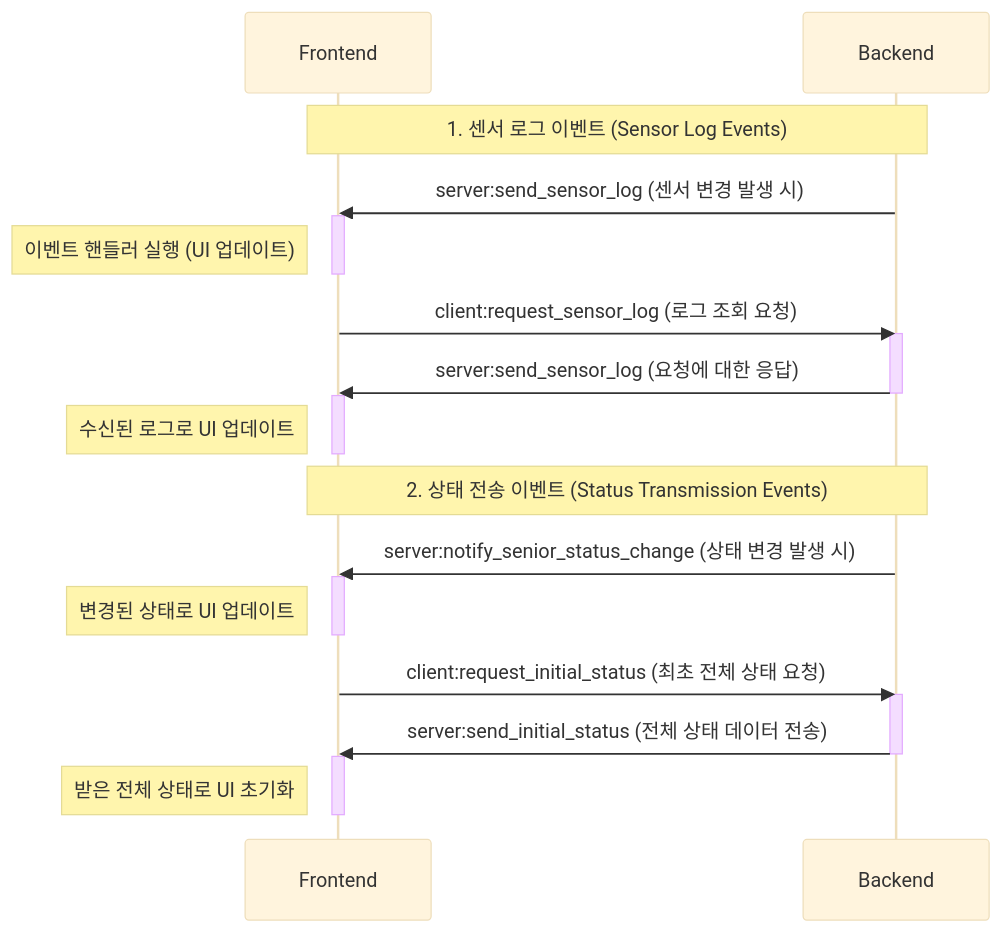
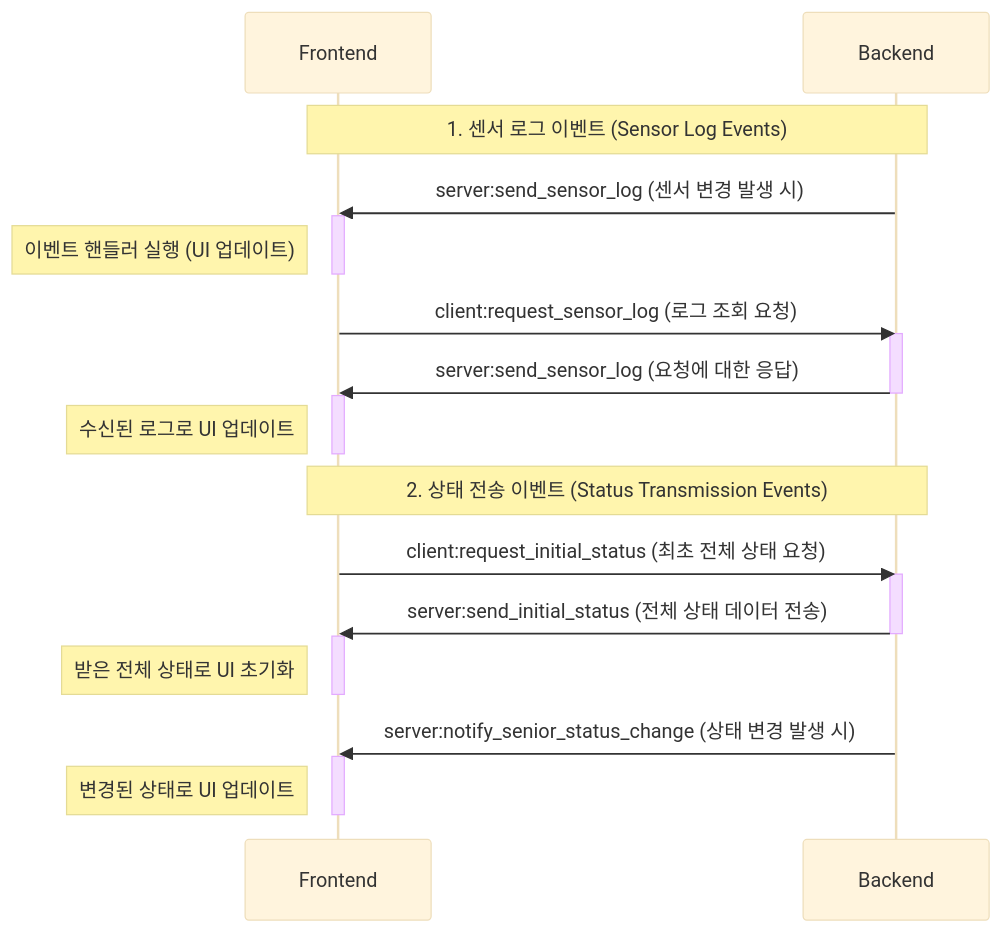
One commit to jiminh03/SST changed the diagram in BackEnd/design/FE-BE 이벤트.mmd. Above: the diagram before and after it, drawn with Mermaid (base theme). The commit also changed other lines of this file and 1 other file, not shown here.

```diff
--- a/BackEnd/design/FE-BE 이벤트.mmd
+++ b/BackEnd/design/FE-BE 이벤트.mmd
@@ -1,39 +1,39 @@
 sequenceDiagram
     participant Client as Frontend
     participant Server as Backend
 
     %% 1. 센서 로그 이벤트 (Sensor Log Events)
     Note over Client, Server: 1. 센서 로그 이벤트 (Sensor Log Events)
 
     %% 1.1 서버 주도 (Server-initiated)
     Server->>Client: server:send_sensor_log (센서 변경 발생 시)
     activate Client
     Note left of Client: 이벤트 핸들러 실행 (UI 업데이트)
     deactivate Client
 
     %% 1.2 클라이언트 요청 (Client-initiated)
     Client->>Server: client:request_sensor_log (로그 조회 요청)
     activate Server
     Server->>Client: server:send_sensor_log (요청에 대한 응답)
     deactivate Server
     activate Client
     Note left of Client: 수신된 로그로 UI 업데이트
     deactivate Client
 
     %% 2. 상태 전송 이벤트 (Status Transmission Events)
     Note over Client, Server: 2. 상태 전송 이벤트 (Status Transmission Events)
 
-    %% 2.1 서버 주도 (Server-initiated status update)
-    Server->>Client: server:notify_senior_status_change (상태 변경 발생 시)
-    activate Client
-    Note left of Client: 변경된 상태로 UI 업데이트
-    deactivate Client
-
-    %% 2.2 클라이언트의 초기 상태 요청 (Client's initial status request)
+    %% 2.1 클라이언트의 초기 상태 요청 (Client's initial status request)
     Client->>Server: client:request_initial_status (최초 전체 상태 요청)
     activate Server
     Server->>Client: server:send_initial_status (전체 상태 데이터 전송)
     deactivate Server
     activate Client
     Note left of Client: 받은 전체 상태로 UI 초기화
     deactivate Client
+
+    %% 2.2 서버 주도 (Server-initiated status update)
+    Server->>Client: server:notify_senior_status_change (상태 변경 발생 시)
+    activate Client
+    Note left of Client: 변경된 상태로 UI 업데이트
+    deactivate Client
```
